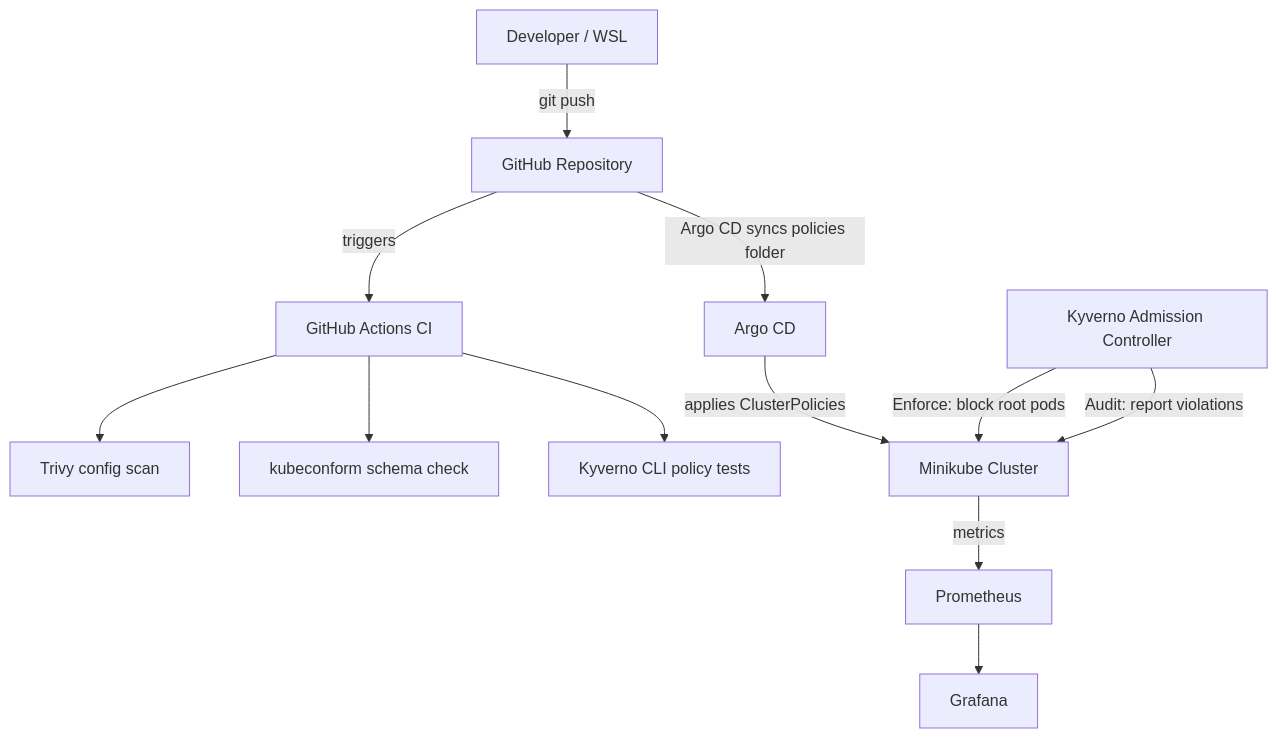
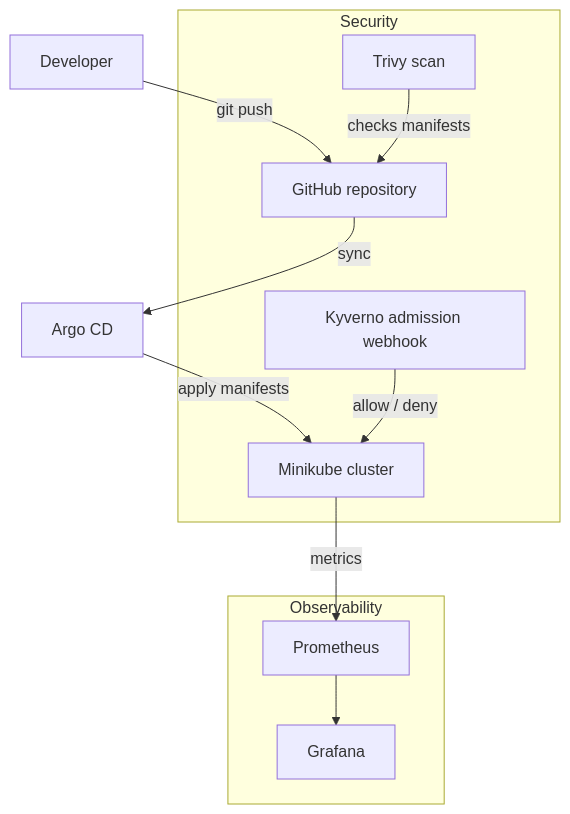
One commit to Danishwani1999/k8s-gitops-observability changed the diagram in README.md. Above: the diagram before and after it, drawn with Mermaid. The commit also changed other lines of this file, not shown here.

Commit message:
docs: finalize README with verified policy action, Argo CD paths, and observability notes

````diff
--- a/README.md
+++ b/README.md
@@ -20,18 +27,16 @@
 ```mermaid
 graph TD
-    Dev[Developer / WSL] -->|git push| GH[GitHub Repository]
+    Dev[Developer] -->|git push| GH[GitHub repository]
+    GH -->|sync| ARGO[Argo CD]
+    ARGO -->|apply manifests| K8S[Minikube cluster]
 
-    GH -->|triggers| CI[GitHub Actions CI]
-    CI --> T1[Trivy config scan]
-    CI --> T2[kubeconform schema check]
-    CI --> T3[Kyverno CLI policy tests]
+    subgraph Security
+        TRIVY[Trivy scan] -->|checks manifests| GH
+        KYV[Kyverno admission webhook] -->|allow / deny| K8S
+    end
 
-    GH -->|Argo CD syncs policies folder| Argo[Argo CD]
-    Argo -->|applies ClusterPolicies| K8s[Minikube Cluster]
-
-    Kyverno[Kyverno Admission Controller] -->|Enforce: block root pods| K8s
-    Kyverno -->|Audit: report violations| K8s
-
-    K8s -->|metrics| Prom[Prometheus]
-    Prom --> Graf[Grafana]
+    subgraph Observability
+        K8S -->|metrics| PROM[Prometheus]
+        PROM --> GRAF[Grafana]
+    end
 ```
````
